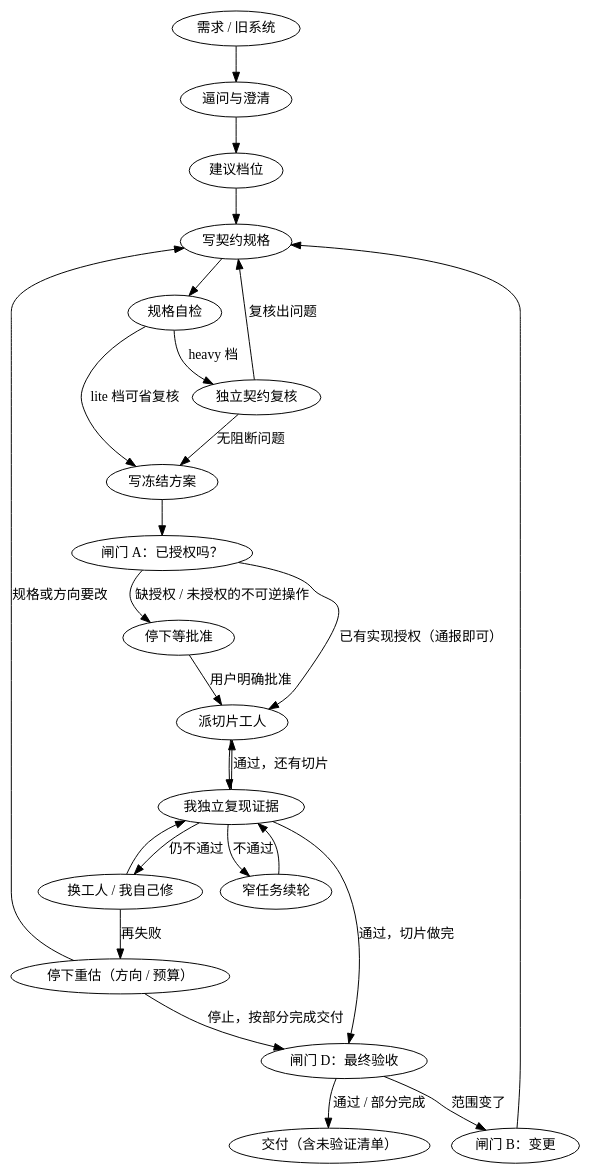
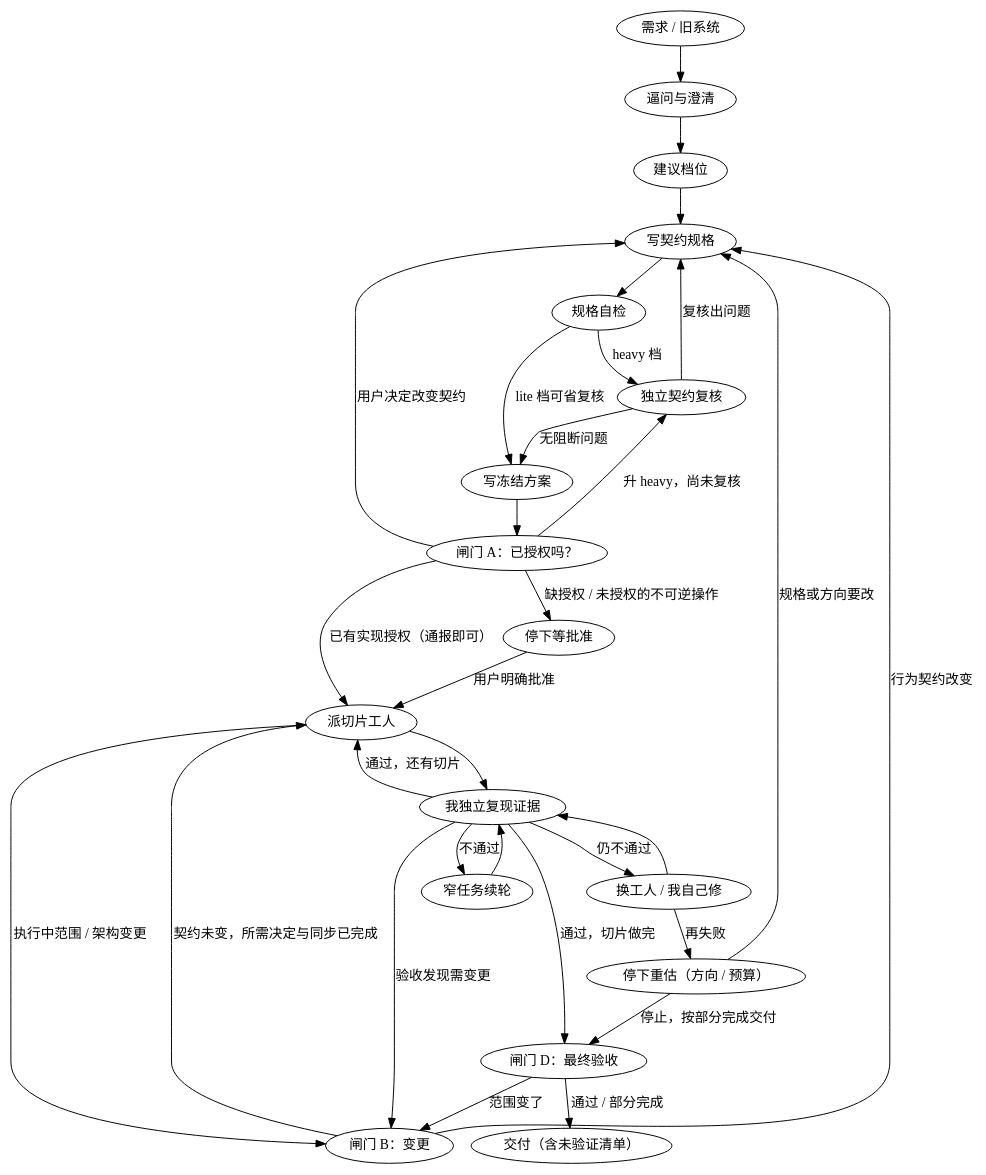
One commit to Leexunhuan743/orchestrated-build changed the diagram in SKILL.md. Above: the diagram before and after it, drawn with Graphviz. The commit also changed other lines of this file and 4 other files, not shown here.

````diff
--- a/SKILL.md
+++ b/SKILL.md
@@ -26,29 +28,34 @@
 ```dot
 digraph loop {
   "需求 / 旧系统" -> "逼问与澄清";
   "逼问与澄清" -> "建议档位";
   "建议档位" -> "写契约规格";
   "写契约规格" -> "规格自检";
   "规格自检" -> "独立契约复核" [label="heavy 档"];
   "规格自检" -> "写冻结方案" [label="lite 档可省复核"];
   "独立契约复核" -> "写冻结方案" [label="无阻断问题"];
   "独立契约复核" -> "写契约规格" [label="复核出问题"];
   "写冻结方案" -> "闸门 A：已授权吗？";
+  "闸门 A：已授权吗？" -> "写契约规格" [label="用户决定改变契约"];
+  "闸门 A：已授权吗？" -> "独立契约复核" [label="升 heavy，尚未复核"];
   "闸门 A：已授权吗？" -> "停下等批准" [label="缺授权 / 未授权的不可逆操作"];
   "停下等批准" -> "派切片工人" [label="用户明确批准"];
   "闸门 A：已授权吗？" -> "派切片工人" [label="已有实现授权（通报即可）"];
   "派切片工人" -> "我独立复现证据";
+  "派切片工人" -> "闸门 B：变更" [label="执行中范围 / 架构变更"];
   "我独立复现证据" -> "窄任务续轮" [label="不通过"];
   "窄任务续轮" -> "我独立复现证据";
   "我独立复现证据" -> "换工人 / 我自己修" [label="仍不通过"];
   "换工人 / 我自己修" -> "我独立复现证据";
   "换工人 / 我自己修" -> "停下重估（方向 / 预算）" [label="再失败"];
   "停下重估（方向 / 预算）" -> "写契约规格" [label="规格或方向要改"];
   "停下重估（方向 / 预算）" -> "闸门 D：最终验收" [label="停止，按部分完成交付"];
   "我独立复现证据" -> "派切片工人" [label="通过，还有切片"];
   "我独立复现证据" -> "闸门 D：最终验收" [label="通过，切片做完"];
+  "我独立复现证据" -> "闸门 B：变更" [label="验收发现需变更"];
   "闸门 D：最终验收" -> "闸门 B：变更" [label="范围变了"];
-  "闸门 B：变更" -> "写契约规格";
+  "闸门 B：变更" -> "写契约规格" [label="行为契约改变"];
+  "闸门 B：变更" -> "派切片工人" [label="契约未变，所需决定与同步已完成"];
   "闸门 D：最终验收" -> "交付（含未验证清单）" [label="通过 / 部分完成"];
 }
 ```
````
